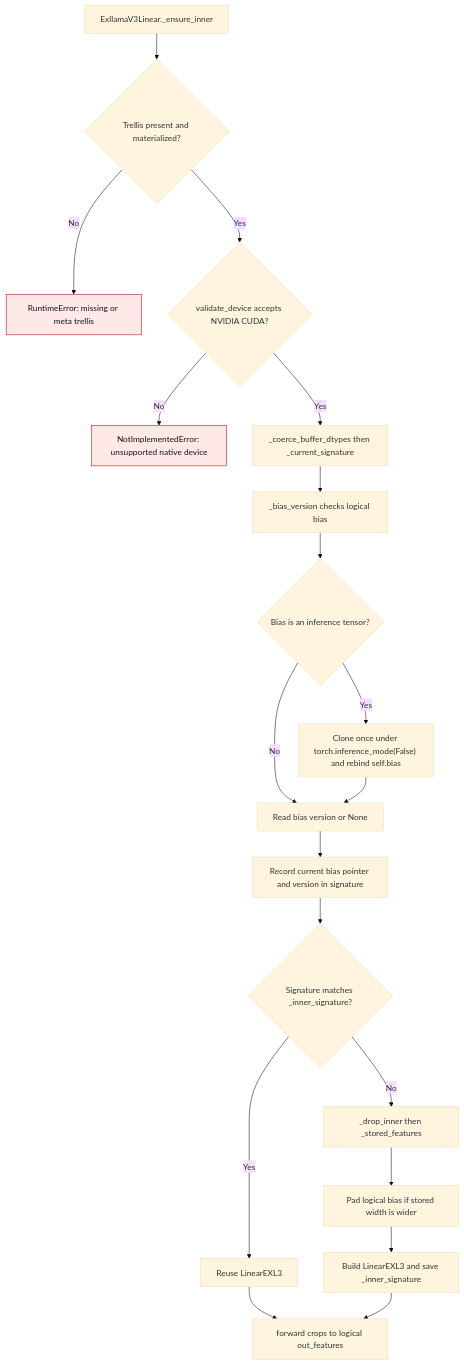
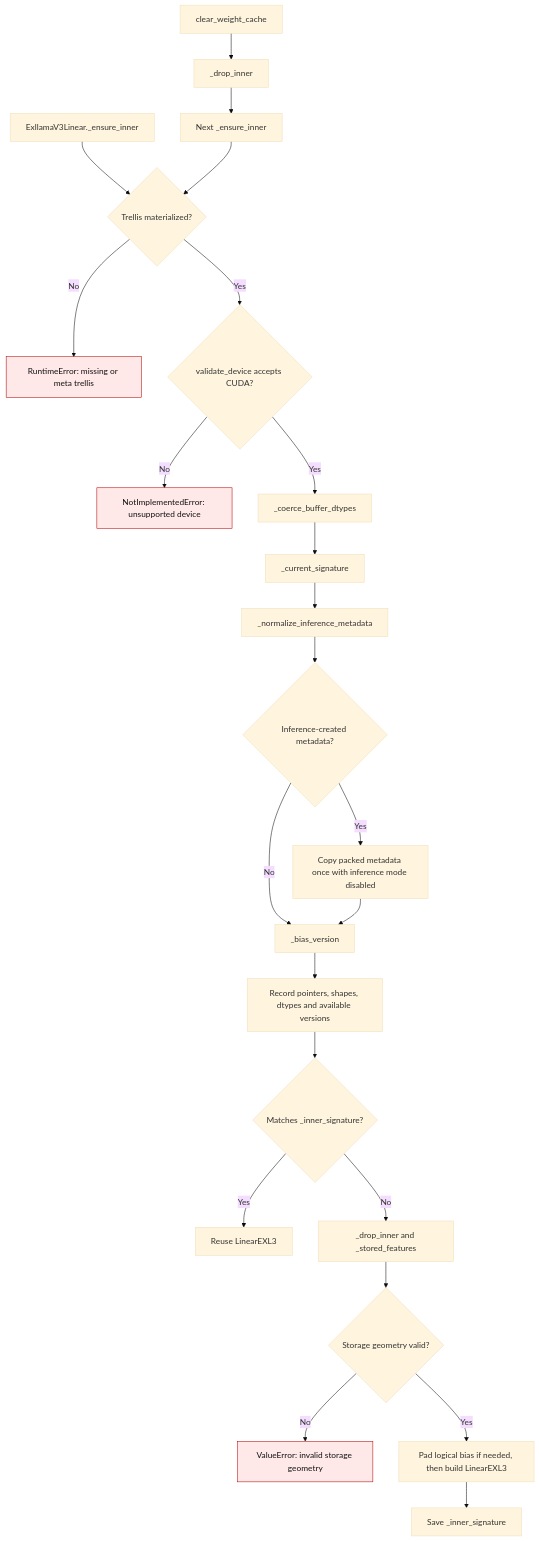
Before and after one commit to ModelCloud/GPTQModel: the diagram in docs/exl3-native-bias-lifecycle.md, drawn with Mermaid (base theme). The commit also changed other lines of this file and 3 other files, not shown here.

Commit message:
fix(exl3): track inference metadata mutations in native cache

````diff
--- a/docs/exl3-native-bias-lifecycle.md
+++ b/docs/exl3-native-bias-lifecycle.md
@@ -14,23 +17,27 @@
 ```mermaid
 flowchart TD
-    A["ExllamaV3Linear._ensure_inner"] --> B{"Trellis present and materialized?"}
+    A["ExllamaV3Linear._ensure_inner"] --> B{"Trellis materialized?"}
     B -- No --> X["RuntimeError: missing or meta trellis"]
-    B -- Yes --> C{"validate_device accepts NVIDIA CUDA?"}
-    C -- No --> Y["NotImplementedError: unsupported native device"]
-    C -- Yes --> D["_coerce_buffer_dtypes then _current_signature"]
-    D --> E["_bias_version checks logical bias"]
-    E --> F{"Bias is an inference tensor?"}
-    F -- Yes --> G["Clone once under torch.inference_mode(False) and rebind self.bias"]
-    F -- No --> H["Read bias version or None"]
-    G --> H
-    H --> I["Record current bias pointer and version in signature"]
-    I --> J{"Signature matches _inner_signature?"}
-    J -- Yes --> K["Reuse LinearEXL3"]
-    J -- No --> L["_drop_inner then _stored_features"]
-    L --> M["Pad logical bias if stored width is wider"]
-    M --> N["Build LinearEXL3 and save _inner_signature"]
-    K --> O["forward crops to logical out_features"]
-    N --> O
+    B -- Yes --> C{"validate_device accepts CUDA?"}
+    C -- No --> Y["NotImplementedError: unsupported device"]
+    C -- Yes --> D["_coerce_buffer_dtypes"]
+    D --> E["_current_signature"]
+    E --> F["_normalize_inference_metadata"]
+    F --> G{"Inference-created metadata?"}
+    G -- Yes --> H["Copy packed metadata once with inference mode disabled"]
+    G -- No --> I["_bias_version"]
+    H --> I
+    I --> J["Record pointers, shapes, dtypes and available versions"]
+    J --> K{"Matches _inner_signature?"}
+    K -- Yes --> L["Reuse LinearEXL3"]
+    K -- No --> M["_drop_inner and _stored_features"]
+    M --> N{"Storage geometry valid?"}
+    N -- No --> Z["ValueError: invalid storage geometry"]
+    N -- Yes --> O["Pad logical bias if needed, then build LinearEXL3"]
+    O --> P["Save _inner_signature"]
+    Q["clear_weight_cache"] --> R["_drop_inner"]
+    R --> S["Next _ensure_inner"]
+    S --> B
     classDef failure fill:#ffe8e8,stroke:#b30000,color:#111;
-    class X,Y failure;
+    class X,Y,Z failure;
 ```
````
